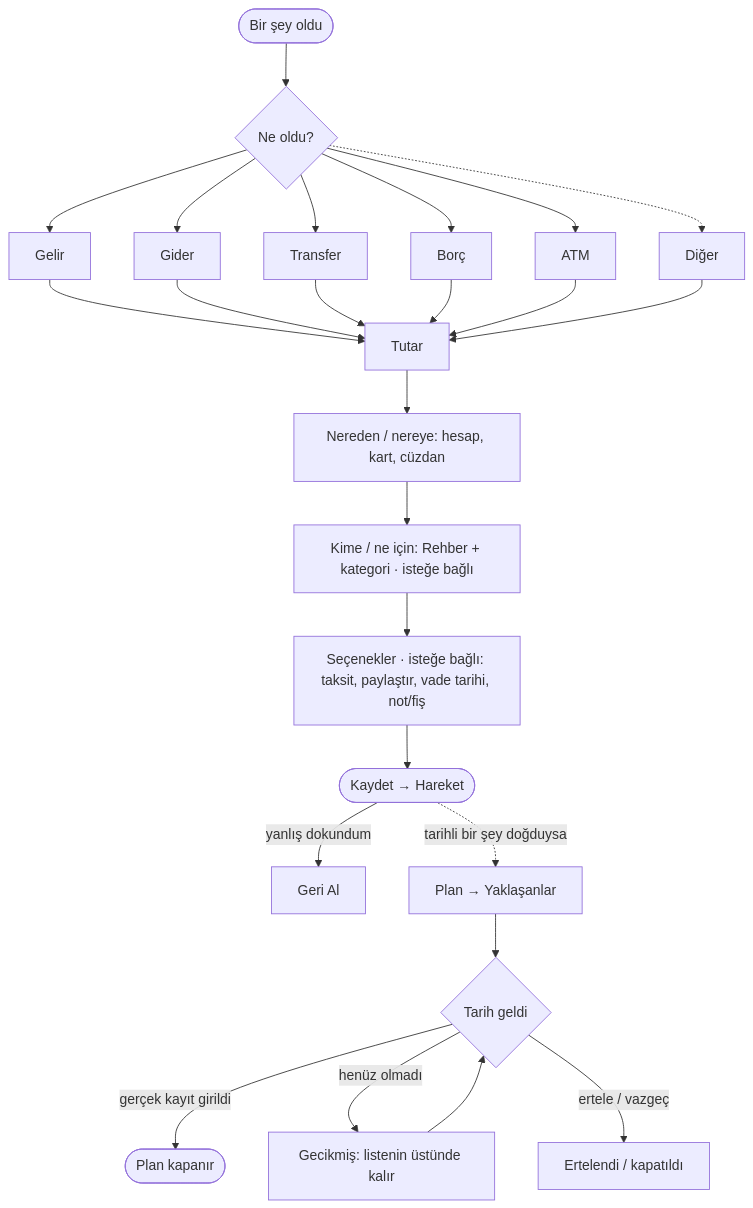
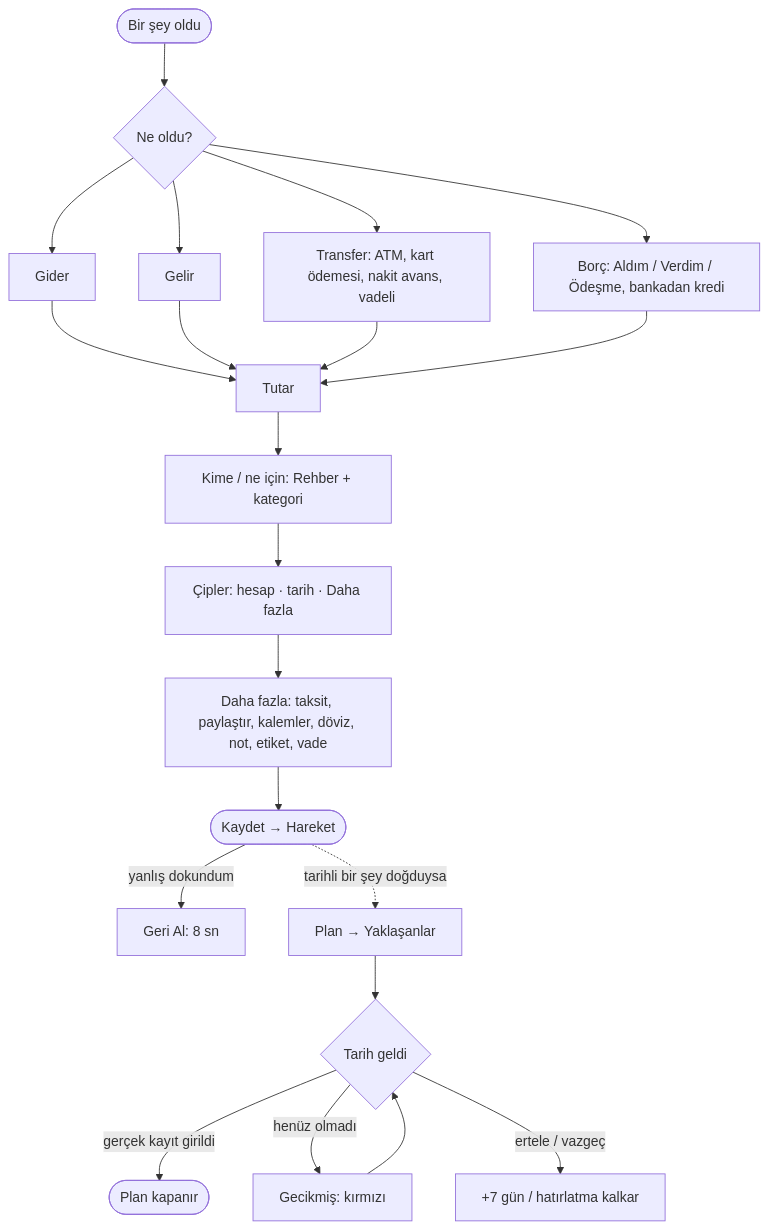
The diagram in docs/ux/harita.md (akderelianil/aa-finance), drawn with Mermaid before and after one commit. The commit also changed other lines of this file and 18 other files, not shown here.

````diff
--- a/docs/ux/harita.md
+++ b/docs/ux/harita.md
@@ -31,22 +31,20 @@
 ```mermaid
 flowchart TD
   O([Bir şey oldu]) --> N{Ne oldu?}
-  N --> I1[Gelir]
-  N --> I2[Gider]
-  N --> I3[Transfer]
-  N --> I4[Borç]
-  N --> I5[ATM]
-  N -.-> I6[Diğer]
-  I1 & I2 & I3 & I4 & I5 & I6 --> T[Tutar]
-  T --> Y[Nereden / nereye: hesap, kart, cüzdan]
-  Y --> K[Kime / ne için: Rehber + kategori · isteğe bağlı]
-  K --> S[Seçenekler · isteğe bağlı: taksit, paylaştır, vade tarihi, not/fiş]
+  N --> I1[Gider]
+  N --> I2[Gelir]
+  N --> I3[Transfer: ATM, kart ödemesi, nakit avans, vadeli]
+  N --> I4[Borç: Aldım / Verdim / Ödeşme, bankadan kredi]
+  I1 & I2 & I3 & I4 --> T[Tutar]
+  T --> K[Kime / ne için: Rehber + kategori]
+  K --> Y[Çipler: hesap · tarih · Daha fazla]
+  Y --> S[Daha fazla: taksit, paylaştır, kalemler, döviz, not, etiket, vade]
   S --> H([Kaydet → Hareket])
-  H -- yanlış dokundum --> GA[Geri Al]
+  H -- yanlış dokundum --> GA[Geri Al: 8 sn]
   H -. tarihli bir şey doğduysa .-> P[Plan → Yaklaşanlar]
   P --> D{Tarih geldi}
   D -- gerçek kayıt girildi --> PK([Plan kapanır])
-  D -- henüz olmadı --> PG[Gecikmiş: listenin üstünde kalır]
-  D -- ertele / vazgeç --> PE[Ertelendi / kapatıldı]
+  D -- henüz olmadı --> PG[Gecikmiş: kırmızı]
+  D -- ertele / vazgeç --> PE[+7 gün / hatırlatma kalkar]
   PG --> D
 ```
````
